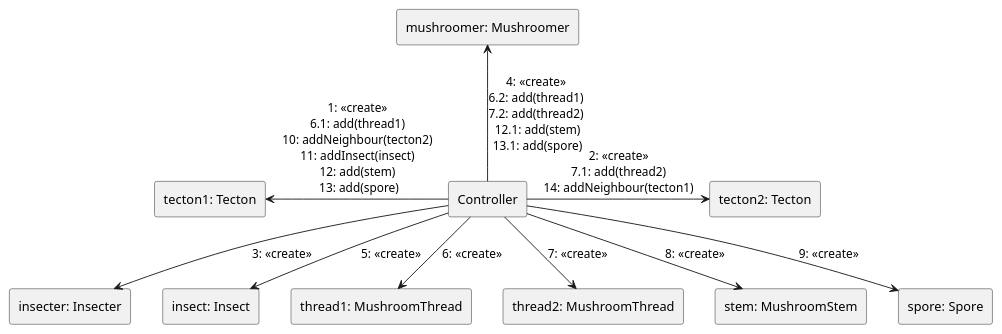
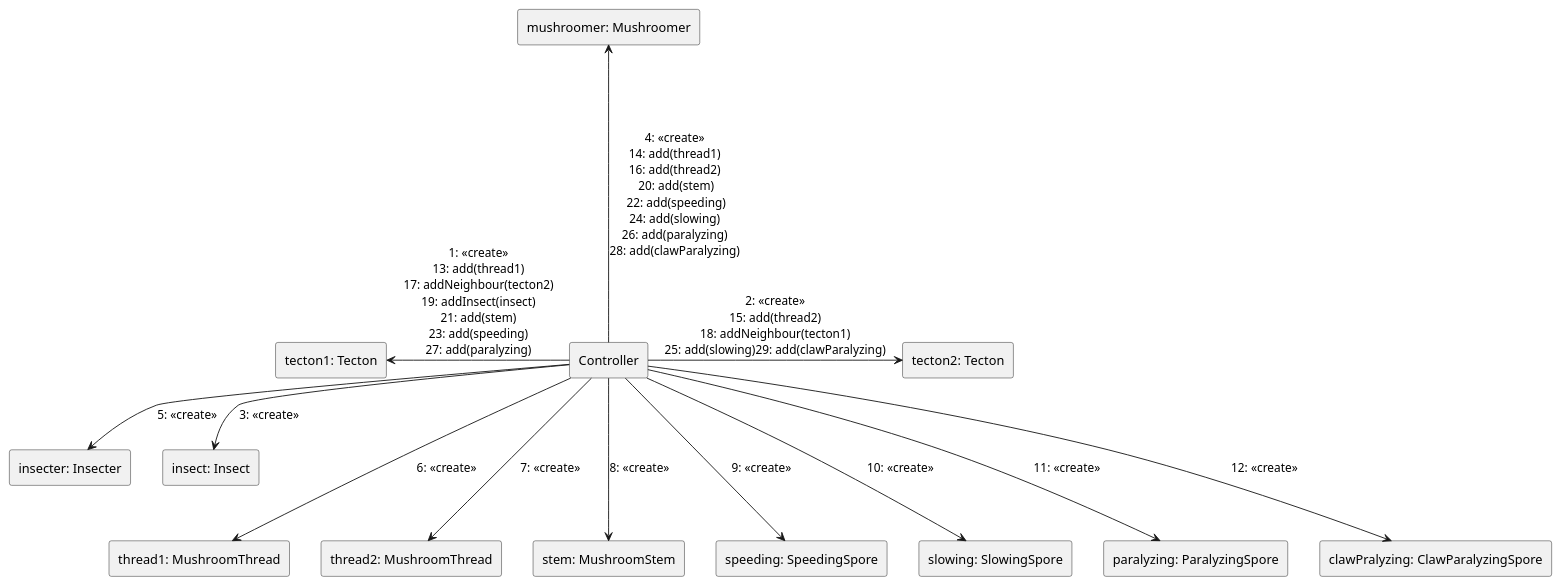
The diagram in 5/communication_diagrams/big_diagram.puml (Petya-G/fungorium), drawn with PlantUML before and after one commit.

Commit message:
changed comm diagram

```diff
--- a/5/communication_diagrams/big_diagram.puml
+++ b/5/communication_diagrams/big_diagram.puml
@@ -1,46 +1,46 @@
 @startuml Communication diagram
 skinparam linestyle ortho
 
 rectangle "Controller" as 0
 
 'rectangle "map: Map" as 1
 
 rectangle "tecton1: Tecton" as 2.1
 rectangle "tecton2: Tecton" as 2.2
 
 rectangle "insecter: Insecter" as 3.1
 rectangle "mushroomer: Mushroomer" as 3.2
 
 rectangle "insect: Insect" as 4
 
 rectangle "thread1: MushroomThread" as 5
 rectangle "thread2: MushroomThread" as 5.1
 rectangle "stem: MushroomStem" as 6
 
-rectangle "spore: Spore" as 7
+rectangle "speeding: SpeedingSpore" as 7.1
+rectangle "slowing: SlowingSpore" as 7.2
+rectangle "paralyzing: ParalyzingSpore" as 7.3
+rectangle "clawPralyzing: ClawParalyzingSpore" as 7.4
 
 'rectangle "Map" as 8
 
 '0 -left-> 1: 1: <<create>>\n8: addTecton(tecton1)\n9: addTecton(tecton2)
-0 -left-> 2.1: 1: <<create>>\n6.1: add(thread1)\n10: addNeighbour(tecton2)\n11: addInsect(insect)\n12: add(stem)\n 13: add(spore)
-0 -right-> 2.2: 2: <<create>>\n7.1: add(thread2)\n14: addNeighbour(tecton1)
+0 --left--> 2.1: 1: <<create>>\n13: add(thread1)\n17: addNeighbour(tecton2)\n19: addInsect(insect)\n21: add(stem)\n23: add(speeding)\n27: add(paralyzing)
+0 -right-> 2.2: 2: <<create>>\n15: add(thread2)\n18: addNeighbour(tecton1)\n25: add(slowing)29: add(clawParalyzing)
 
-0 -down-> 3.1: 3: <<create>>
-0 -up-> 3.2: 4: <<create>>\n6.2: add(thread1)\n7.2: add(thread2)\n 12.1: add(stem)\n 13.1: add(spore)
+0 -down-> 4: 3: <<create>>
+0 -down-> 3.1: 5: <<create>>
 
-0 -down-> 4: 5: <<create>>
+0 --up--> 3.2: 4: <<create>>\n14: add(thread1)\n16: add(thread2)\n 20: add(stem)\n 22: add(speeding)\n24: add(slowing)\n26: add(paralyzing)\n28: add(clawParalyzing)
 
-0 --> 5: 6: <<create>>
-0 --> 5.1: 7: <<create>>
-0 --> 6: 8: <<create>>
+0 ---> 5: 6: <<create>>
+0 ---> 5.1: 7: <<create>>
+0 ---> 6: 8: <<create>>
 
-0 --> 7: 9: <<create>>
-'szerintem ezek nem is kellenek bele
-'1.1 --> 4: 7. cut(thread)
-
-'1.2 --> 2.1: 8. remove(thread)
-'1.2 --> 2.2: 9. remove(thread)
-
+0 ---> 7.1: 9: <<create>>
+0 ---> 7.2: 10: <<create>>
+0 ---> 7.3: 11: <<create>>
+0 ---> 7.4: 12: <<create>>
 
 
 @enduml
```
